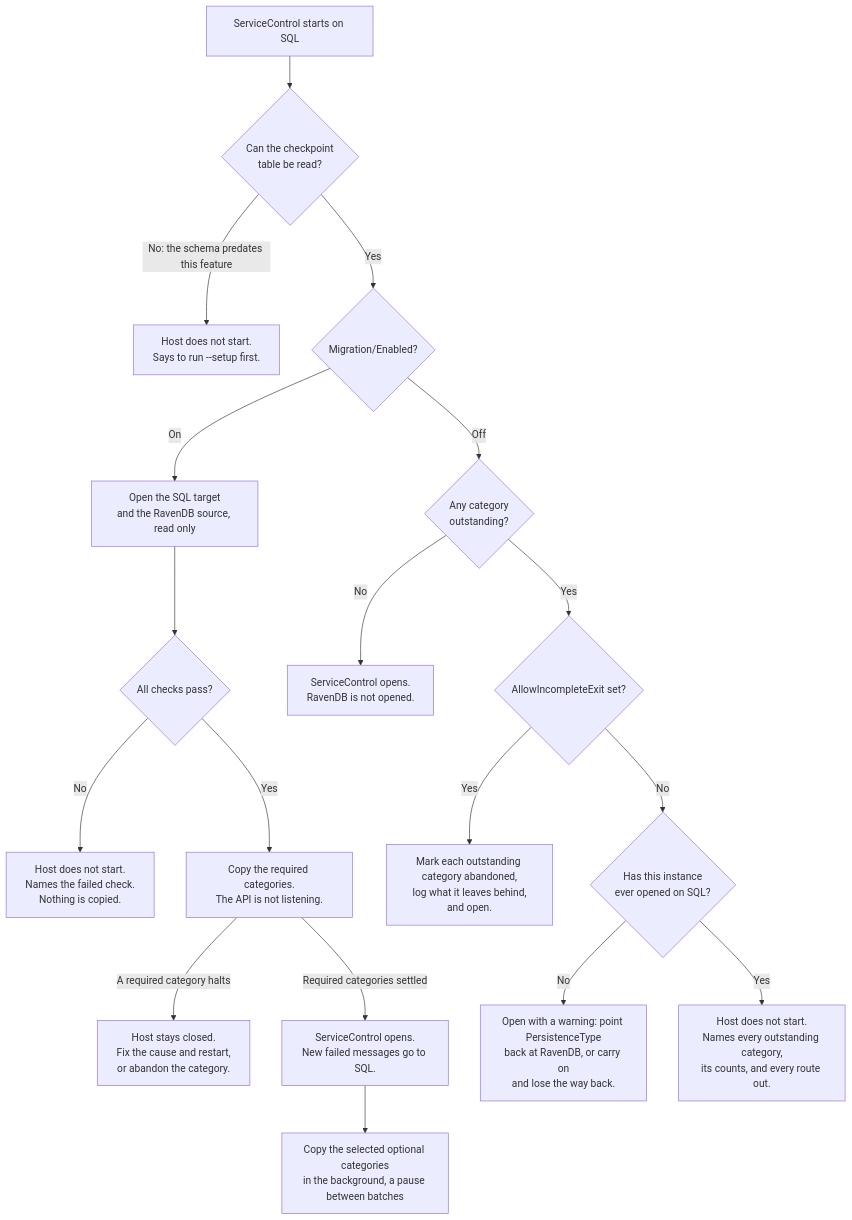
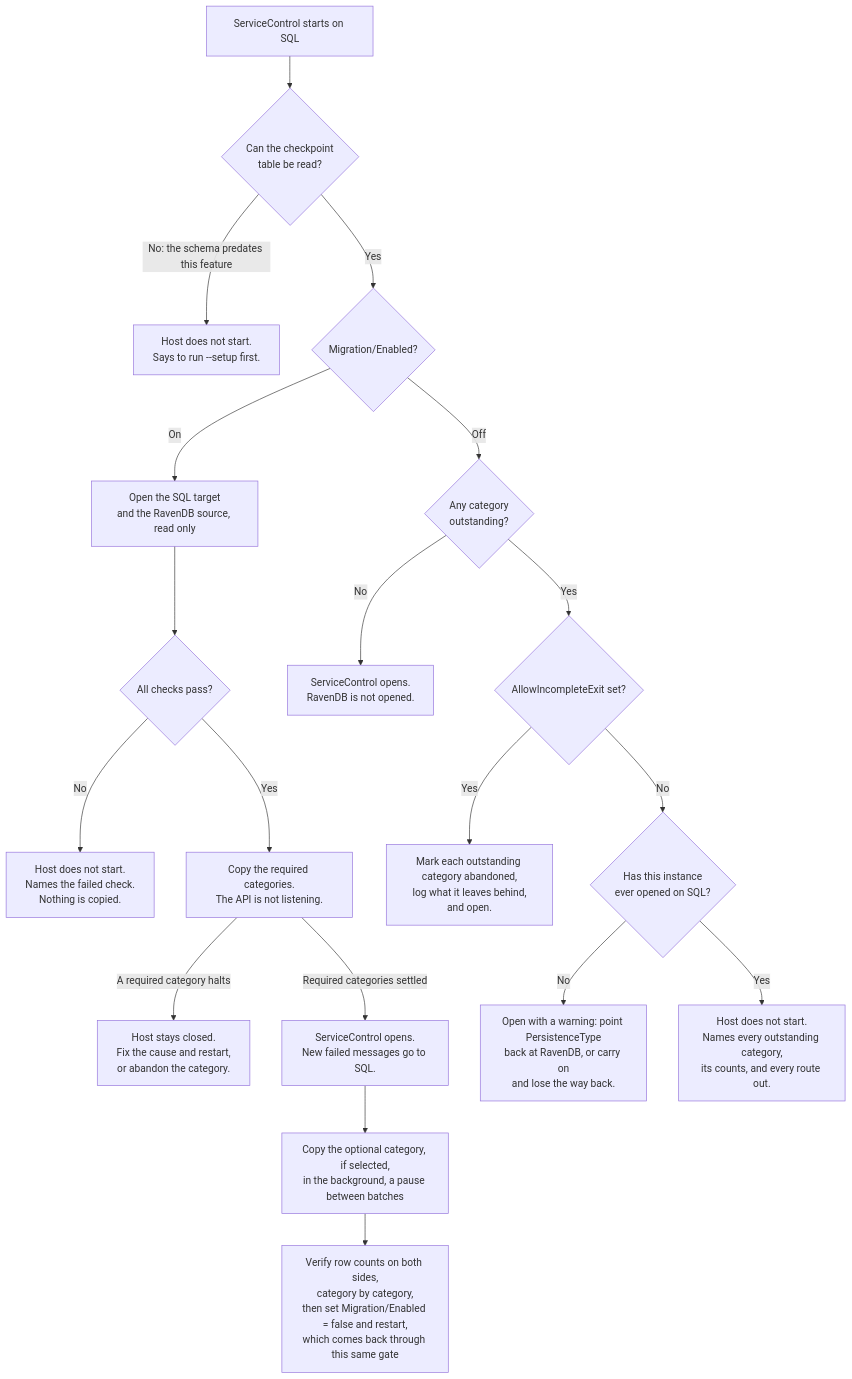
The second of 4 diagrams in docs/migration/ravendb-to-sql-migration-overview.md (Particular/ServiceControl), drawn with Mermaid before and after one commit. The commit also changed other lines of this file and 2 other files, not shown here.

Commit message:
docs: update migration instructions and system design to clarify settings and behavior

````diff
--- a/docs/migration/ravendb-to-sql-migration-overview.md
+++ b/docs/migration/ravendb-to-sql-migration-overview.md
@@ -133,22 +133,23 @@
 ```mermaid
 flowchart TB
     A["ServiceControl starts on SQL"] --> T{"Can the checkpoint<br/>table be read?"}
     T -->|"No: the schema predates this feature"| U["Host does not start.<br/>Says to run --setup first."]
     T -->|"Yes"| M{"Migration/Enabled?"}
 
     M -->|"On"| B["Open the SQL target<br/>and the RavenDB source, read only"]
     B --> D{"All checks pass?"}
     D -->|"No"| E["Host does not start.<br/>Names the failed check.<br/>Nothing is copied."]
     D -->|"Yes"| F["Copy the required categories.<br/>The API is not listening."]
     F -->|"A required category halts"| V["Host stays closed.<br/>Fix the cause and restart,<br/>or abandon the category."]
     F -->|"Required categories settled"| G["ServiceControl opens.<br/>New failed messages go to SQL."]
-    G --> H["Copy the selected optional categories<br/>in the background, a pause between batches"]
+    G --> H["Copy the optional category, if selected,<br/>in the background, a pause between batches"]
+    H --> I["Verify row counts on both sides,<br/>category by category,<br/>then set Migration/Enabled = false and restart,<br/>which comes back through this same gate"]
 
     M -->|"Off"| N{"Any category<br/>outstanding?"}
     N -->|"No"| L["ServiceControl opens.<br/>RavenDB is not opened."]
     N -->|"Yes"| O{"AllowIncompleteExit set?"}
     O -->|"Yes"| P["Mark each outstanding category abandoned,<br/>log what it leaves behind,<br/>and open."]
     O -->|"No"| Q{"Has this instance<br/>ever opened on SQL?"}
     Q -->|"No"| R["Open with a warning: point PersistenceType<br/>back at RavenDB, or carry on<br/>and lose the way back."]
     Q -->|"Yes"| S["Host does not start.<br/>Names every outstanding category,<br/>its counts, and every route out."]
 ```
````
